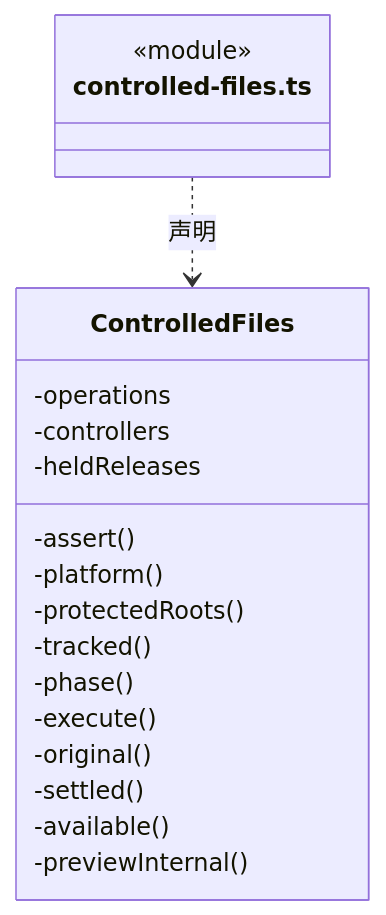
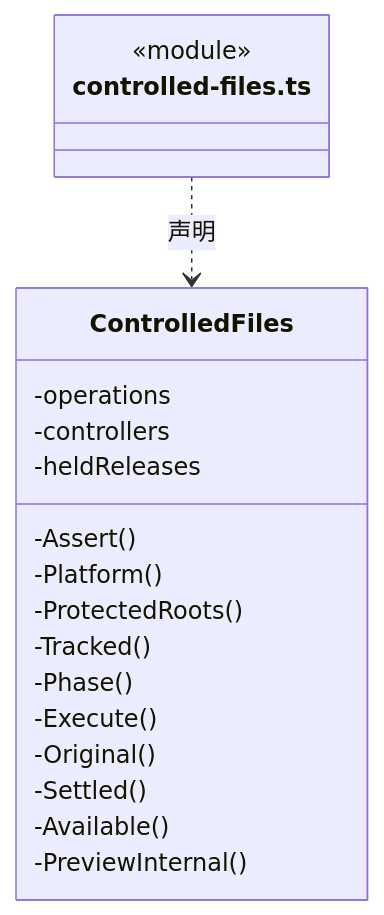
The third of 5 diagrams in src/logic/file-operations/service/ARCHITECTURE.md (nan023062/cbim), drawn with Mermaid before and after one commit. The commit also changed other lines of this file and 1035 other files, not shown here.

````diff
--- a/src/logic/file-operations/service/ARCHITECTURE.md
+++ b/src/logic/file-operations/service/ARCHITECTURE.md
@@ -67,22 +67,22 @@
 ```mermaid
 classDiagram
 class N_src_logic_file_operations_service_controlled_files_ts["controlled-files.ts"] {
   <<module>>
 }
 class N_src_logic_file_operations_service_controlled_files_ts_ControlledFiles["ControlledFiles"] {
   -operations
   -controllers
   -heldReleases
-  -assert()
-  -platform()
-  -protectedRoots()
-  -tracked()
-  -phase()
-  -execute()
-  -original()
-  -settled()
-  -available()
-  -previewInternal()
+  -Assert()
+  -Platform()
+  -ProtectedRoots()
+  -Tracked()
+  -Phase()
+  -Execute()
+  -Original()
+  -Settled()
+  -Available()
+  -PreviewInternal()
 }
 N_src_logic_file_operations_service_controlled_files_ts ..> N_src_logic_file_operations_service_controlled_files_ts_ControlledFiles : 声明
 ```
````
